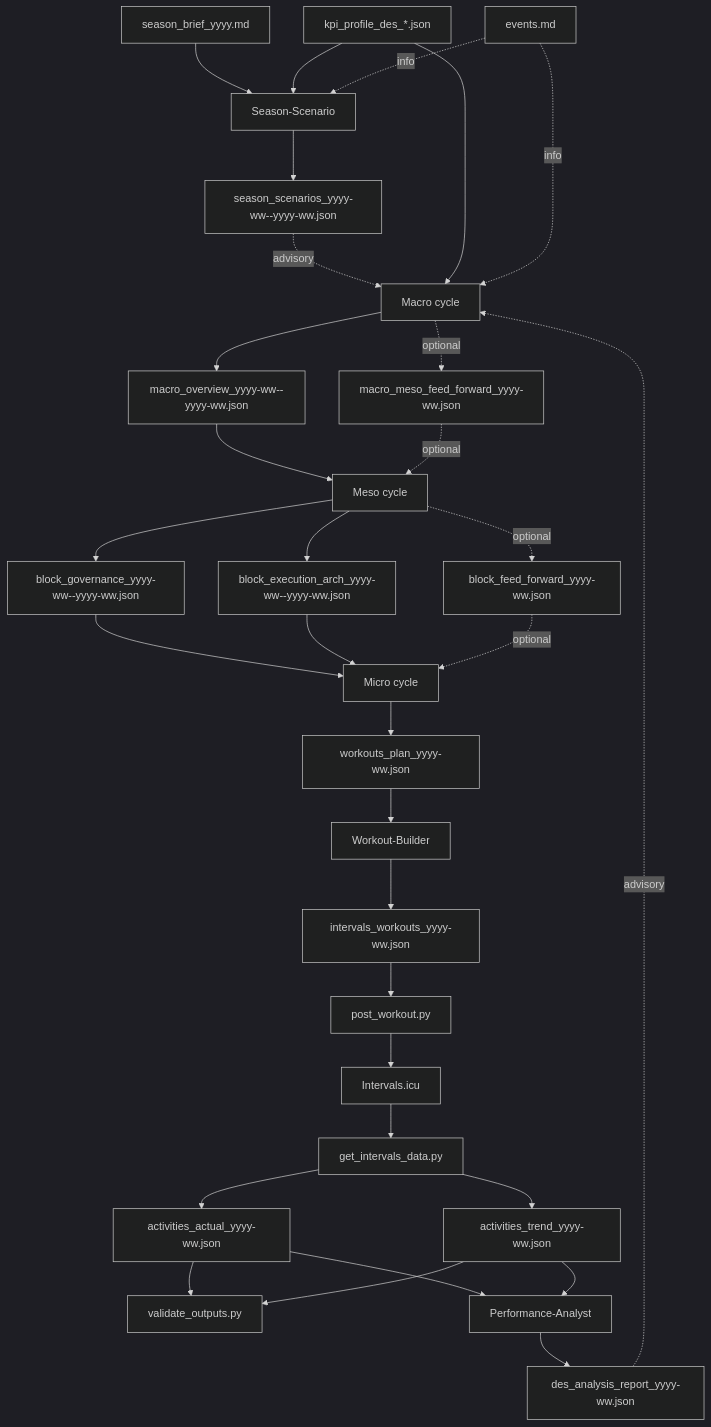
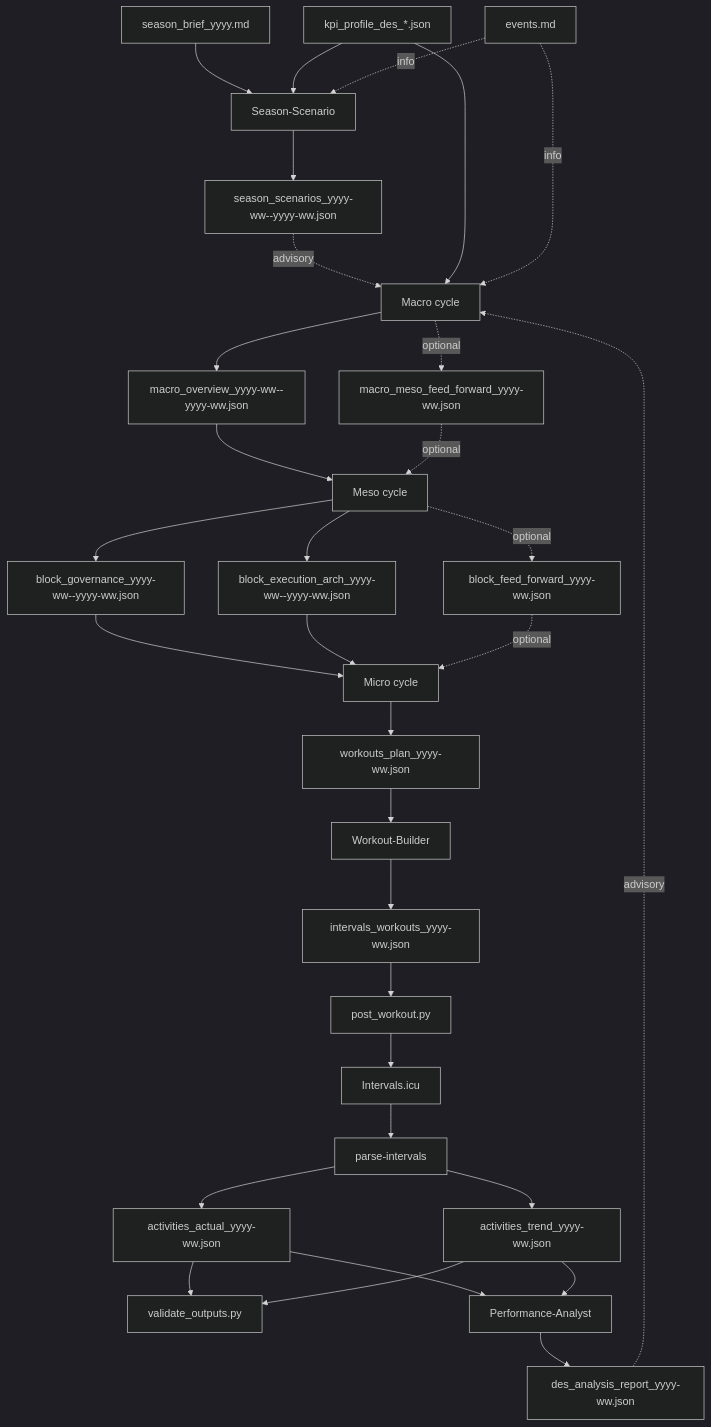
One commit to albauer-priv/RPS changed the diagram in doc/how_to_plan.md. Above: the diagram before and after it, drawn with Mermaid (dark theme). The commit also changed other lines of this file and 13 other files, not shown here.

````diff
--- a/doc/how_to_plan.md
+++ b/doc/how_to_plan.md
@@ -195,40 +195,40 @@
 ```mermaid
 flowchart TD
   SB[season_brief_yyyy.md] --> SS[Season-Scenario]
   KP[kpi_profile_des_*.json] --> SS
   SS --> SC[season_scenarios_yyyy-ww--yyyy-ww.json]
   SC -. advisory .-> MA[Macro cycle]
   KP --> MA
   EV[events.md] -. info .-> SS
   EV -. info .-> MA
 
   MA --> MO[macro_overview_yyyy-ww--yyyy-ww.json]
   MA -. optional .-> MMFF[macro_meso_feed_forward_yyyy-ww.json]
 
   MO --> ME[Meso cycle]
   MMFF -. optional .-> ME
 
   ME --> BG[block_governance_yyyy-ww--yyyy-ww.json]
   ME --> BEA[block_execution_arch_yyyy-ww--yyyy-ww.json]
   ME -. optional .-> BFF[block_feed_forward_yyyy-ww.json]
 
   BG --> MI[Micro cycle]
   BEA --> MI
   BFF -. optional .-> MI
 
   MI --> WP[workouts_plan_yyyy-ww.json]
   WP --> WB[Workout-Builder]
   WB --> WJ[intervals_workouts_yyyy-ww.json]
   WJ --> POST[post_workout.py] --> IC[Intervals.icu]
 
-  IC --> EXP[get_intervals_data.py]
+  IC --> EXP[parse-intervals]
   EXP --> AA[activities_actual_yyyy-ww.json]
   EXP --> AT[activities_trend_yyyy-ww.json]
   AA --> VA[validate_outputs.py]
   AT --> VA
 
   AA --> PA[Performance-Analyst]
   AT --> PA
   PA --> DR[des_analysis_report_yyyy-ww.json]
   DR -. advisory .-> MA
 ```
````
